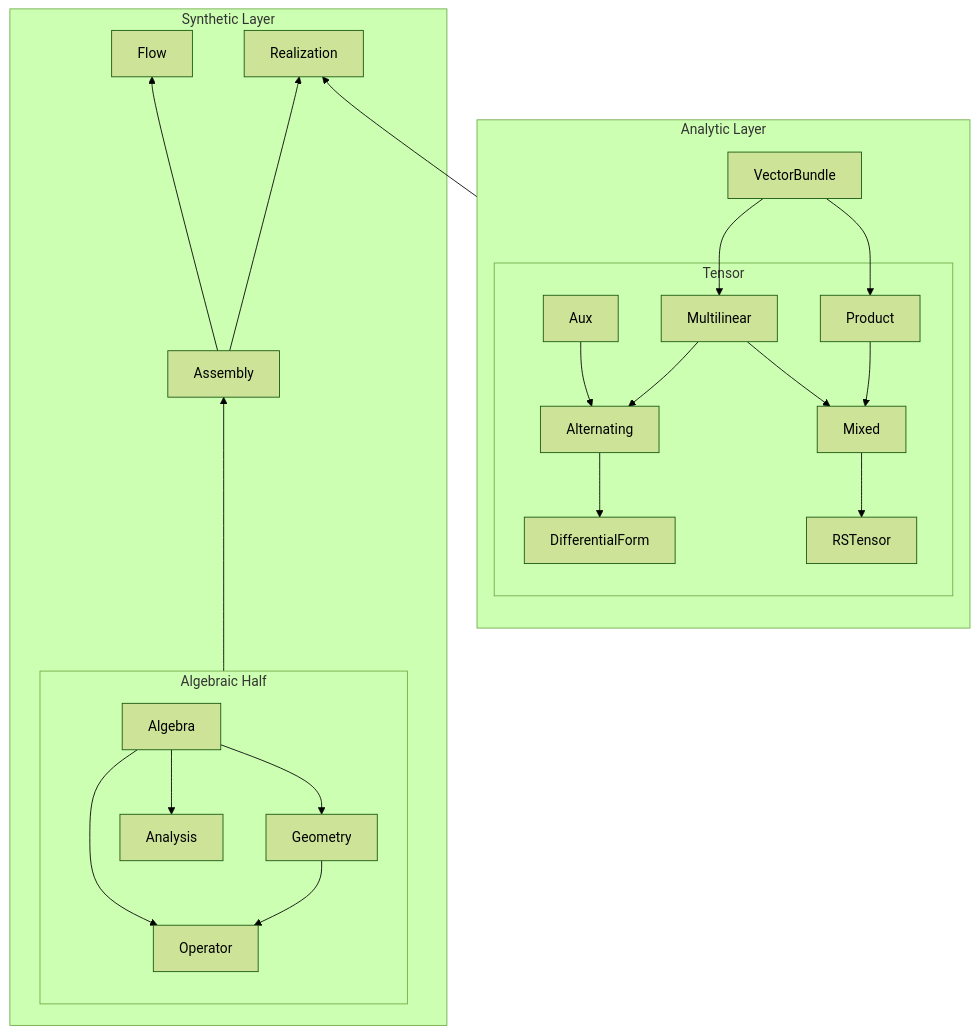
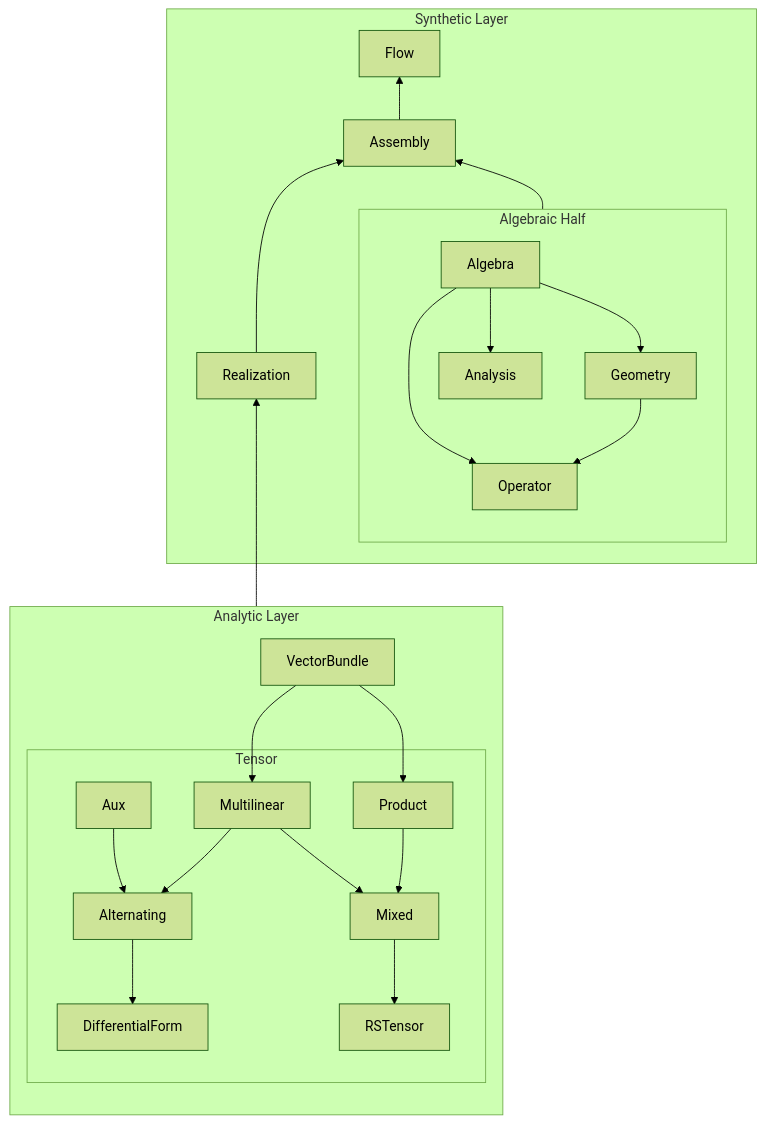
The diagram in README.md (liao9yuan/differential-geometry), drawn with Mermaid (forest theme) before and after one commit.

Commit message:
update mermaid graph

````diff
--- a/README.md
+++ b/README.md
@@ -7,51 +7,51 @@
 ```mermaid
 flowchart BT
     subgraph AnalyticLayer [Analytic Layer]
         DirVB[VectorBundle]
 
         subgraph Tensor [Tensor]
             DirAux[Aux]
             DirMultilinear[Multilinear]
             DirProduct[Product]
             DirMixed[Mixed]
             DirAlt[Alternating]
             DirDiffForm[DifferentialForm]
             DirRSB[RSTensor]
 
             DirAux --> DirAlt
             DirMultilinear --> DirAlt
             DirMultilinear --> DirMixed
             DirProduct --> DirMixed
             DirAlt --> DirDiffForm
             DirMixed --> DirRSB
         end
 
         DirVB --> DirMultilinear
         DirVB --> DirProduct
     end
 
     subgraph SyntheticLayer [Synthetic Layer]
         subgraph AlgHalf ["Algebraic Half"]
             DirAlg[Algebra]
             DirGeom[Geometry]
             DirOp[Operator]
             DirAna[Analysis]
 
             DirAlg --> DirGeom
             DirAlg --> DirOp
             DirGeom --> DirOp
             DirAlg --> DirAna
         end
 
         DirAsm[Assembly]
         AlgHalf --> DirAsm
 
         DirFlow[Flow]
         DirAsm --> DirFlow
 
         DirReal[Realization]
-        DirAsm --> DirReal
+        DirReal --> DirAsm
     end
 
     AnalyticLayer --> DirReal
 ```
````
